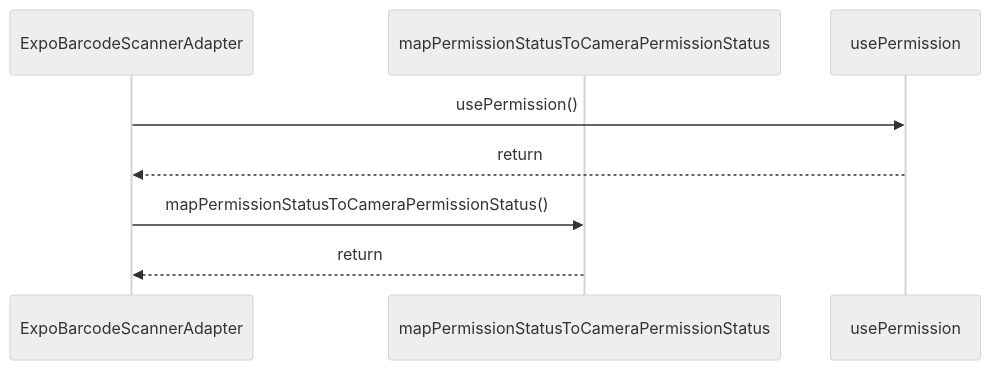
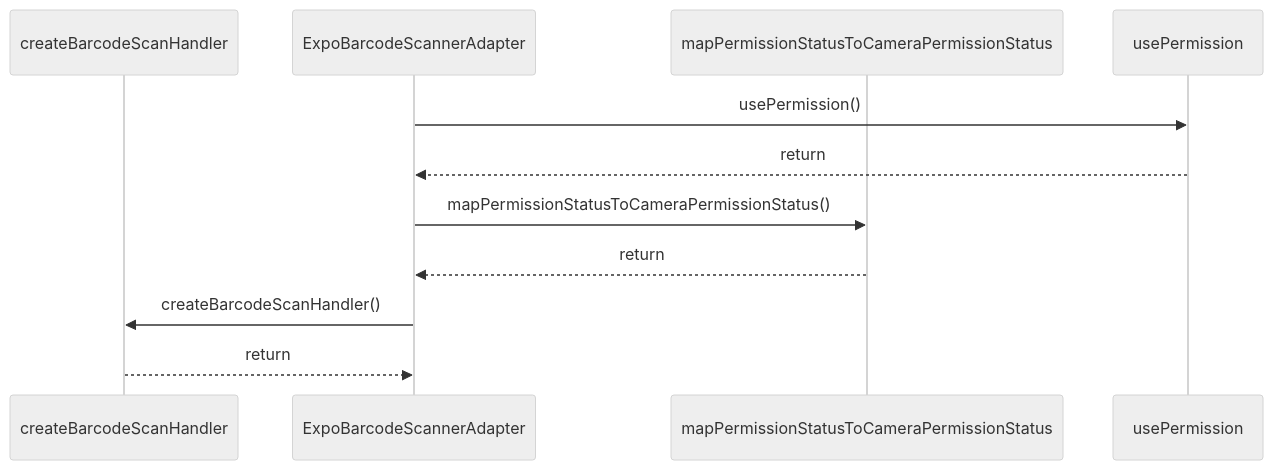
The diagram in paradox/diagrams/sequences/expo-barcode-scanner-adapter.mmd (ankhorage/expo-runtime), drawn with Mermaid (neutral theme) before and after one commit. The commit also changed 22 other files, not shown here.

```diff
--- a/paradox/diagrams/sequences/expo-barcode-scanner-adapter.mmd
+++ b/paradox/diagrams/sequences/expo-barcode-scanner-adapter.mmd
@@ -1,8 +1,11 @@
 sequenceDiagram
+  participant participant_createBarcodeScanHandler as createBarcodeScanHandler
   participant participant_ExpoBarcodeScannerAdapter as ExpoBarcodeScannerAdapter
   participant participant_mapPermissionStatusToCameraPermissionStatus as mapPermissionStatusToCameraPermissionStatus
   participant participant_usePermission as usePermission
   participant_ExpoBarcodeScannerAdapter->>participant_usePermission: usePermission()
   participant_usePermission-->>participant_ExpoBarcodeScannerAdapter: return
   participant_ExpoBarcodeScannerAdapter->>participant_mapPermissionStatusToCameraPermissionStatus: mapPermissionStatusToCameraPermissionStatus()
   participant_mapPermissionStatusToCameraPermissionStatus-->>participant_ExpoBarcodeScannerAdapter: return
+  participant_ExpoBarcodeScannerAdapter->>participant_createBarcodeScanHandler: createBarcodeScanHandler()
+  participant_createBarcodeScanHandler-->>participant_ExpoBarcodeScannerAdapter: return
```
